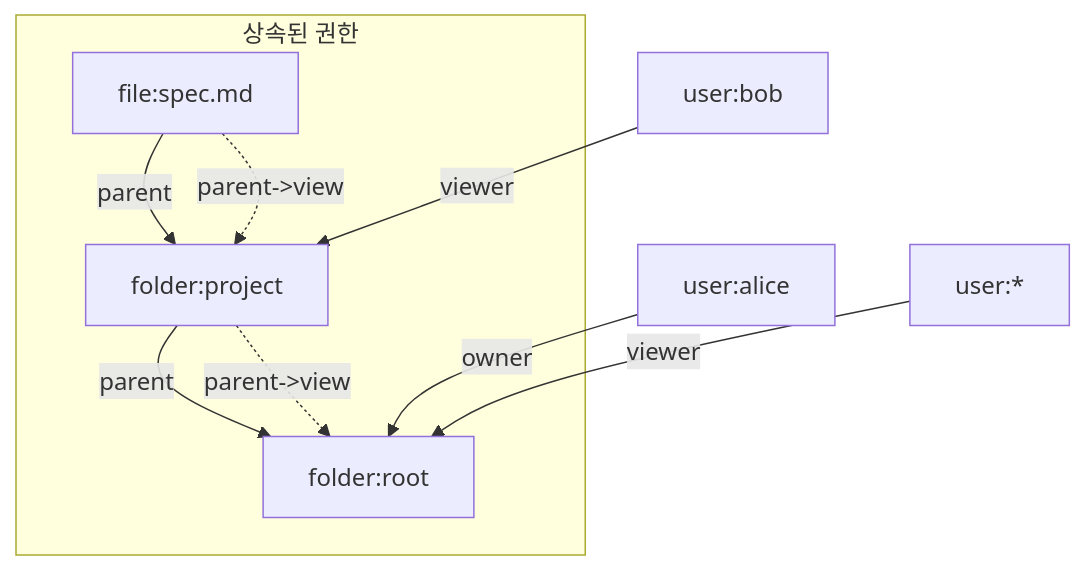
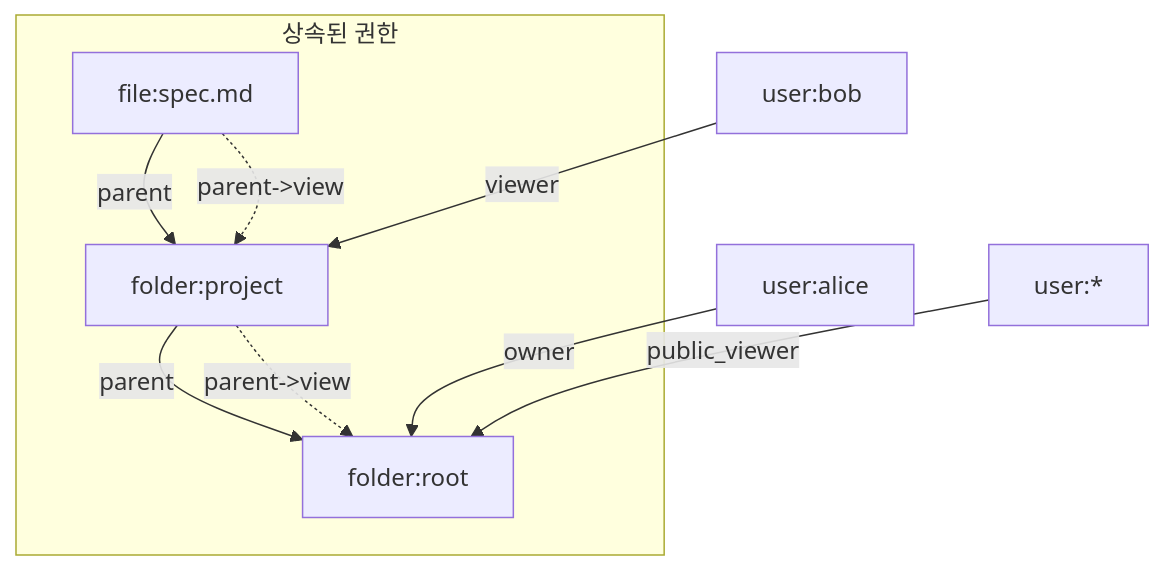
The first of 2 diagrams in docs/_study/spicedb/05-modeling-patterns.md (hobeen-kim/hobeen-kim.github.io), drawn with Mermaid before and after one commit. The commit also changed other lines of this file and 15 other files, not shown here.

````diff
--- a/docs/_study/spicedb/05-modeling-patterns.md
+++ b/docs/_study/spicedb/05-modeling-patterns.md
@@ -87,18 +88,18 @@
 ```mermaid
 flowchart TB
   U[user:alice]
   F1[folder:root]
   F2[folder:project]
   FIL[file:spec.md]
   U -->|owner| F1
   F2 -->|parent| F1
   FIL -->|parent| F2
   U2[user:bob]
   U2 -->|viewer| F2
   W[user:*]
-  W -->|viewer| F1
+  W -->|public_viewer| F1
   subgraph derived[상속된 권한]
     F2 -. parent->view .-> F1
     FIL -. parent->view .-> F2
   end
 ```
````
